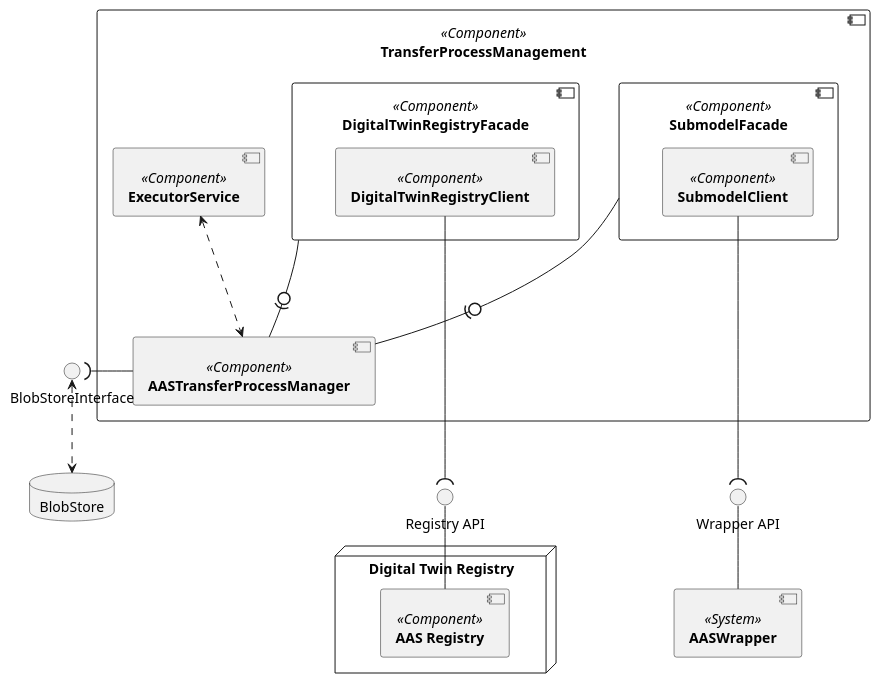
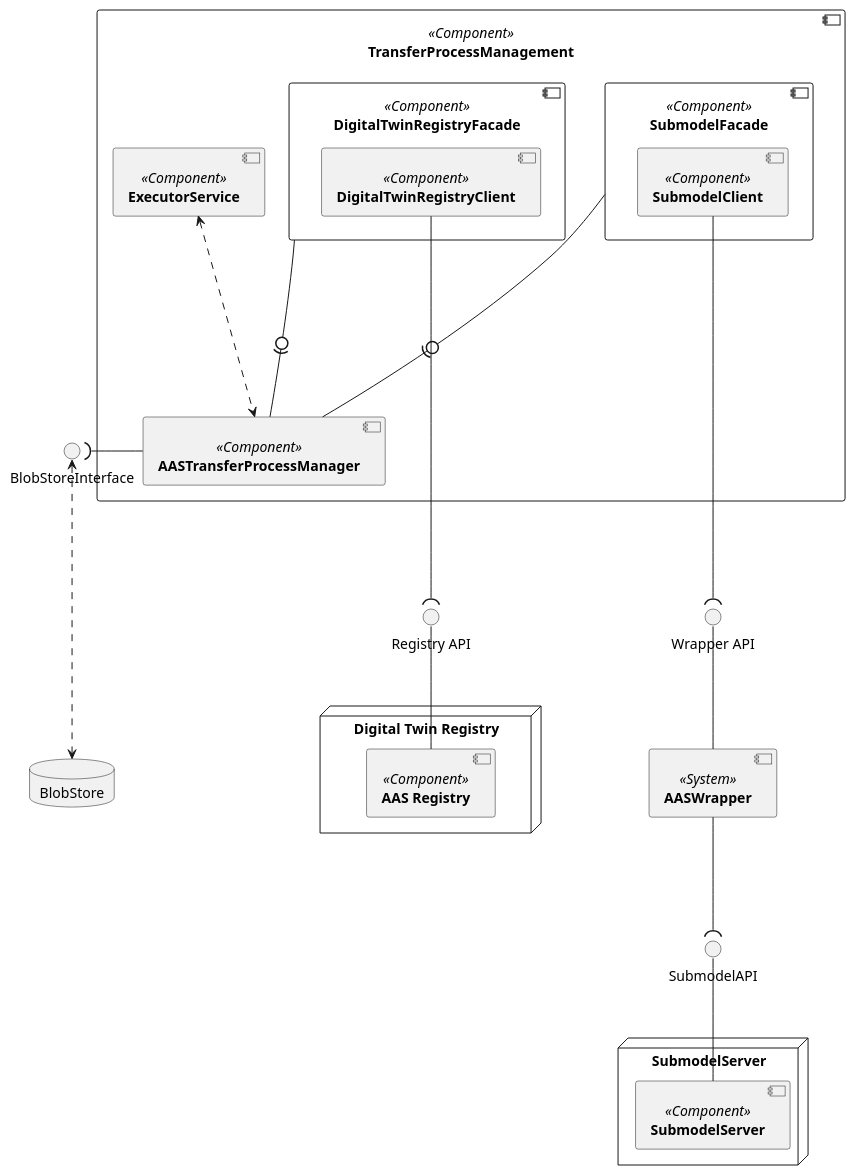
The diagram in uml-diagrams/building-block-view-TransferProcessManagement.puml (eclipse-tractusx/item-relationship-service), drawn with PlantUML before and after one commit.

Commit message:
chore(uml-diagrams):[-] add submodelserver showing AAS wrapper is communicating with submodel server

```diff
--- a/uml-diagrams/building-block-view-TransferProcessManagement.puml
+++ b/uml-diagrams/building-block-view-TransferProcessManagement.puml
@@ -1,38 +1,49 @@
 @startuml
 skinparam monochrome true
 skinparam shadowing false
+skinparam nodesep 10
+skinparam ranksep 100
 
 
 component [**TransferProcessManagement**] <<Component>> as TransferProcessManagement {
     component [**AASTransferProcessManager**] <<Component>> as TransferProcessManager
     component [**DigitalTwinRegistryFacade**] <<Component>> as DTRFacade {
         component [**DigitalTwinRegistryClient**] <<Component>> as DTRClient
     }
     component [**SubmodelFacade**] <<Component>> as SubmodelFacade {
         component [**SubmodelClient**] <<Component>> as SubmodelClient
     }
     component [**ExecutorService**] <<Component>> as ExecutorService
 }
 
 component [**AASWrapper**] <<System>> as AASWrapper
 node "Digital Twin Registry" {
     [**AAS Registry**] <<Component>> as AASR
 }
 
+node "SubmodelServer" {
+    [**SubmodelServer**] <<Component>> as SMS
+}
+
+
 DTRFacade --0)- TransferProcessManager
 SubmodelFacade --0)- TransferProcessManager
 ExecutorService <...> TransferProcessManager
 
 interface "Registry API" as RegAPI
 RegAPI -- AASR
 DTRClient ----( RegAPI
 
 interface "Wrapper API" as WrAPI
 WrAPI -- AASWrapper
 SubmodelClient ----( WrAPI
 
+interface "SubmodelAPI" as SMSAPI
+SMSAPI -- SMS
+AASWrapper --( SMSAPI
+
 database BlobStore
 TransferProcessManager -left-( BlobStoreInterface
 'BlobStoreInterface - TransferProcessManager
-BlobStoreInterface <..> BlobStore
+BlobStoreInterface <...> BlobStore
 @enduml
```
